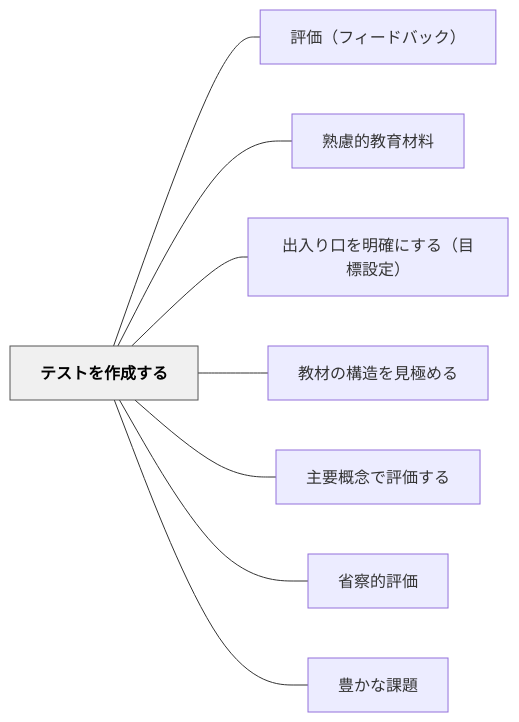
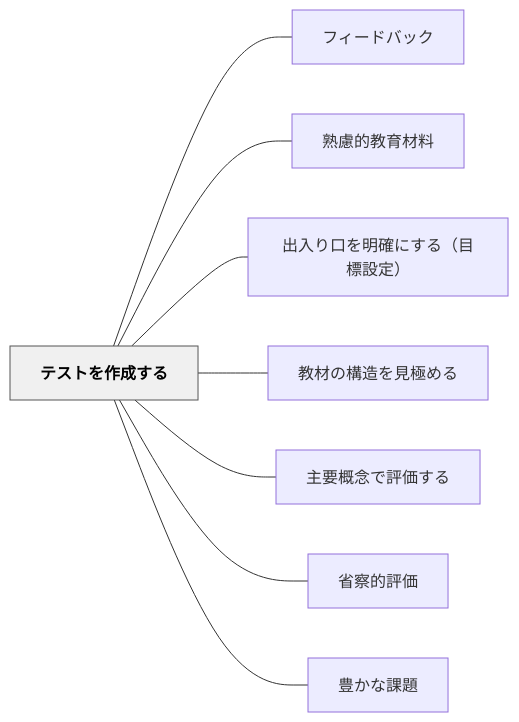
Before and after one commit to unknownthings-ed-patterns/unknownthings-ed-patterns: the diagram in content/パタン/テストを作成する.md, drawn with Mermaid. The commit also changed other lines of this file and 5 other files, not shown here.

````diff
--- a/content/パタン/テストを作成する.md
+++ b/content/パタン/テストを作成する.md
@@ -49,22 +49,22 @@
 ```mermaid
 flowchart LR
     ne38386e382b9e38388e38292e4bd9ce68890e38199e3828b["テストを作成する"]
-    ne8a995e4bea1efbc88e38395e382a3e383bce38389e38390e38383e382afefbc89["評価（フィードバック）"]
+    ne38395e382a3e383bce38389e38390e38383e382af["フィードバック"]
     ne7869fe685aee79a84e69599e882b2e69d90e69699["熟慮的教育材料"]
     ne587bae585a5e3828ae58fa3e38292e6988ee7a2bae381abe38199e3828befbc88e79baee6a899e8a8ade5ae9aefbc89["出入り口を明確にする（目標設定）"]
     ne69599e69d90e381aee6a78be980a0e38292e8a68be6a5b5e38281e3828b["教材の構造を見極める"]
     ne4b8bbe8a681e6a682e5bfb5e381a7e8a995e4bea1e38199e3828b["主要概念で評価する"]
     ne79c81e5af9fe79a84e8a995e4bea1["省察的評価"]
     ne8b18ae3818be381aae8aab2e9a18c["豊かな課題"]
 
-    ne38386e382b9e38388e38292e4bd9ce68890e38199e3828b --- ne8a995e4bea1efbc88e38395e382a3e383bce38389e38390e38383e382afefbc89
+    ne38386e382b9e38388e38292e4bd9ce68890e38199e3828b --- ne38395e382a3e383bce38389e38390e38383e382af
     ne38386e382b9e38388e38292e4bd9ce68890e38199e3828b --- ne7869fe685aee79a84e69599e882b2e69d90e69699
     ne38386e382b9e38388e38292e4bd9ce68890e38199e3828b --- ne587bae585a5e3828ae58fa3e38292e6988ee7a2bae381abe38199e3828befbc88e79baee6a899e8a8ade5ae9aefbc89
     ne38386e382b9e38388e38292e4bd9ce68890e38199e3828b --- ne69599e69d90e381aee6a78be980a0e38292e8a68be6a5b5e38281e3828b
     ne38386e382b9e38388e38292e4bd9ce68890e38199e3828b --- ne4b8bbe8a681e6a682e5bfb5e381a7e8a995e4bea1e38199e3828b
     ne38386e382b9e38388e38292e4bd9ce68890e38199e3828b --- ne79c81e5af9fe79a84e8a995e4bea1
     ne38386e382b9e38388e38292e4bd9ce68890e38199e3828b --- ne8b18ae3818be381aae8aab2e9a18c
 
     classDef hub fill:#f0f0f0,stroke:#555,color:#000,font-weight:bold
     class ne38386e382b9e38388e38292e4bd9ce68890e38199e3828b hub
 ```
````
